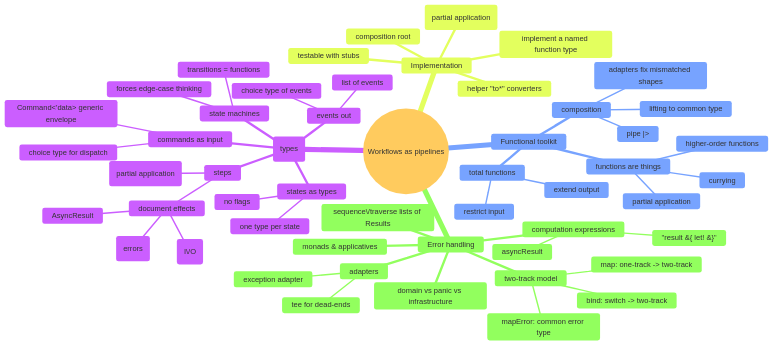
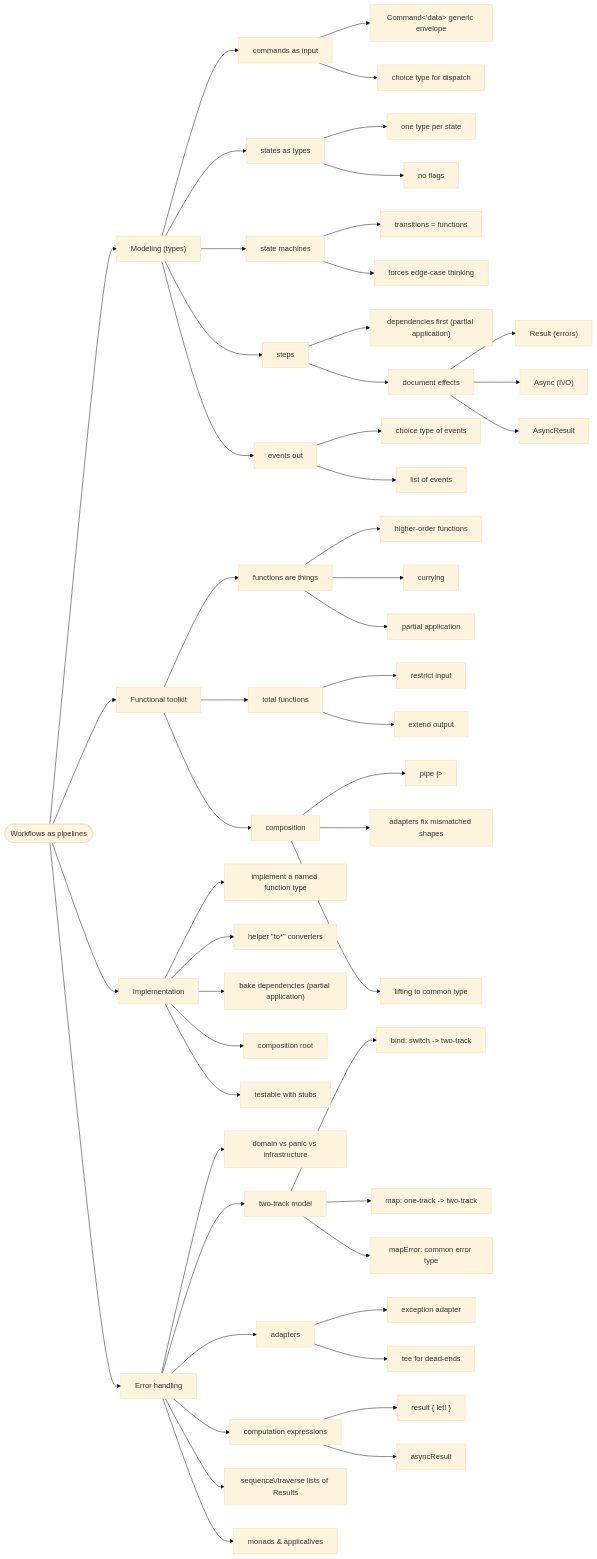
Before and after one commit to 42WASD/42wasd-community-web: the diagram in docs/knowledge/workflows-and-error-handling/index.md, drawn with Mermaid (base theme). The commit also changed 13 other files, not shown here.

First line of the commit message:
Convert knowledge mindmaps to flowchart LR diagrams

````diff
--- a/docs/knowledge/workflows-and-error-handling/index.md
+++ b/docs/knowledge/workflows-and-error-handling/index.md
@@ -11,55 +11,106 @@
 ```mermaid
-mindmap
-  root((Workflows as pipelines))
-    Modeling (types)
-      commands as input
-        Command<'data> generic envelope
-        choice type for dispatch
-      states as types
-        one type per state
-        no flags
-      state machines
-        transitions = functions
-        forces edge-case thinking
-      steps
-        dependencies first (partial application)
-        document effects
-          Result (errors)
-          Async (I\\/O)
-          AsyncResult
-      events out
-        choice type of events
-        list of events
-    Functional toolkit
-      functions are things
-        higher-order functions
-        currying
-        partial application
-      total functions
-        restrict input
-        extend output
-      composition
-        pipe |>
-        adapters fix mismatched shapes
-        lifting to common type
-    Implementation
-      implement a named function type
-      helper "to*" converters
-      bake dependencies (partial application)
-      composition root
-      testable with stubs
-    Error handling
-      domain vs panic vs infrastructure
-      two-track model
-        bind: switch -> two-track
-        map: one-track -> two-track
-        mapError: common error type
-      adapters
-        exception adapter
-        tee for dead-ends
-      computation expressions
-        "result &#123; let! &#125;"
-        asyncResult
-      sequence\\/traverse lists of Results
-      monads & applicatives
+flowchart LR
+    n1(["Workflows as pipelines"])
+    n2["Modeling (types)"]
+    n3["commands as input"]
+    n4["Command&lt;'data&gt; generic envelope"]
+    n5["choice type for dispatch"]
+    n6["states as types"]
+    n7["one type per state"]
+    n8["no flags"]
+    n9["state machines"]
+    n10["transitions = functions"]
+    n11["forces edge-case thinking"]
+    n12["steps"]
+    n13["dependencies first (partial application)"]
+    n14["document effects"]
+    n15["Result (errors)"]
+    n16["Async (I\/O)"]
+    n17["AsyncResult"]
+    n18["events out"]
+    n19["choice type of events"]
+    n20["list of events"]
+    n21["Functional toolkit"]
+    n22["functions are things"]
+    n23["higher-order functions"]
+    n24["currying"]
+    n25["partial application"]
+    n26["total functions"]
+    n27["restrict input"]
+    n28["extend output"]
+    n29["composition"]
+    n30["pipe |&gt;"]
+    n31["adapters fix mismatched shapes"]
+    n32["lifting to common type"]
+    n33["Implementation"]
+    n34["implement a named function type"]
+    n35["helper #quot;to*#quot; converters"]
+    n36["bake dependencies (partial application)"]
+    n37["composition root"]
+    n38["testable with stubs"]
+    n39["Error handling"]
+    n40["domain vs panic vs infrastructure"]
+    n41["two-track model"]
+    n42["bind: switch -&gt; two-track"]
+    n43["map: one-track -&gt; two-track"]
+    n44["mapError: common error type"]
+    n45["adapters"]
+    n46["exception adapter"]
+    n47["tee for dead-ends"]
+    n48["computation expressions"]
+    n49["result { let! }"]
+    n50["asyncResult"]
+    n51["sequence\/traverse lists of Results"]
+    n52["monads &amp; applicatives"]
+    n1 --> n2
+    n2 --> n3
+    n3 --> n4
+    n3 --> n5
+    n2 --> n6
+    n6 --> n7
+    n6 --> n8
+    n2 --> n9
+    n9 --> n10
+    n9 --> n11
+    n2 --> n12
+    n12 --> n13
+    n12 --> n14
+    n14 --> n15
+    n14 --> n16
+    n14 --> n17
+    n2 --> n18
+    n18 --> n19
+    n18 --> n20
+    n1 --> n21
+    n21 --> n22
+    n22 --> n23
+    n22 --> n24
+    n22 --> n25
+    n21 --> n26
+    n26 --> n27
+    n26 --> n28
+    n21 --> n29
+    n29 --> n30
+    n29 --> n31
+    n29 --> n32
+    n1 --> n33
+    n33 --> n34
+    n33 --> n35
+    n33 --> n36
+    n33 --> n37
+    n33 --> n38
+    n1 --> n39
+    n39 --> n40
+    n39 --> n41
+    n41 --> n42
+    n41 --> n43
+    n41 --> n44
+    n39 --> n45
+    n45 --> n46
+    n45 --> n47
+    n39 --> n48
+    n48 --> n49
+    n48 --> n50
+    n39 --> n51
+    n39 --> n52
 ```
````
